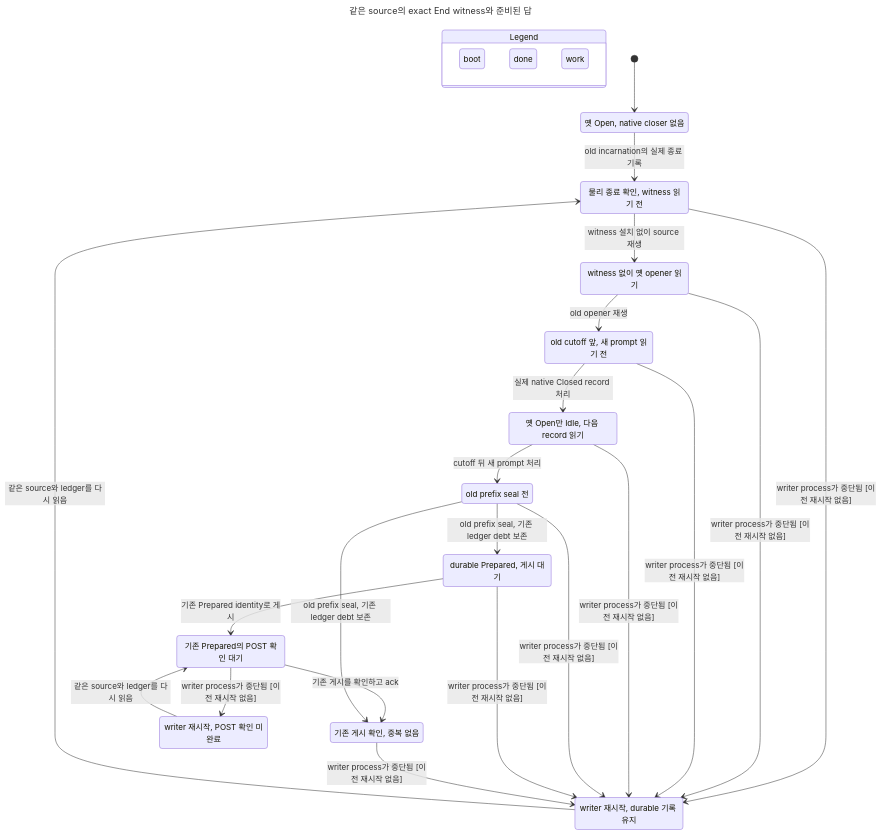
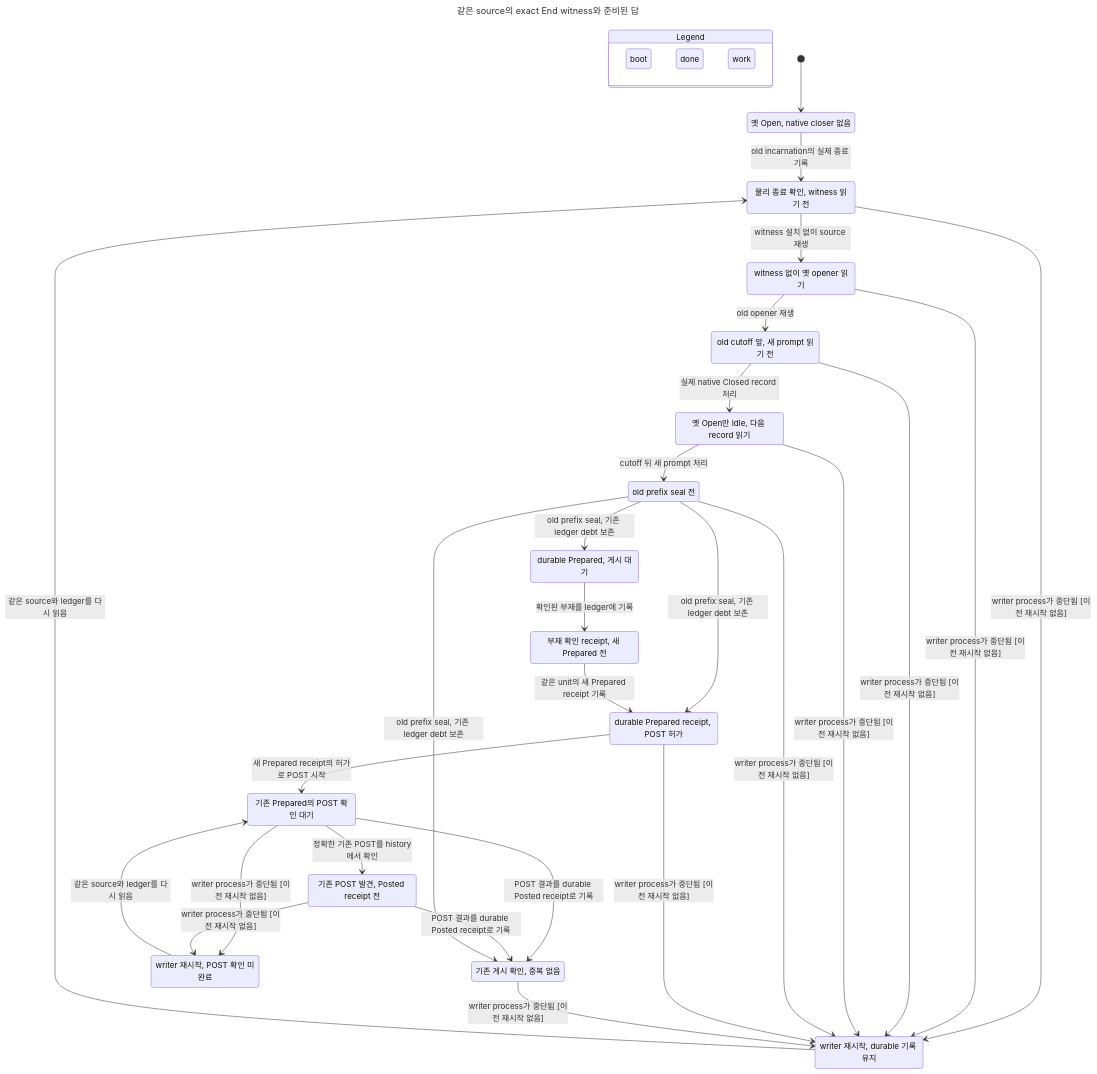
Before and after one commit to itismyfield/AgentDesk: the diagram in docs/statecharts/tui-o-writer/restart-end-Native.chart.mmd, drawn with Mermaid. The commit also changed 21 other files, not shown here.

```diff
--- a/docs/statecharts/tui-o-writer/restart-end-Native.chart.mmd
+++ b/docs/statecharts/tui-o-writer/restart-end-Native.chart.mmd
@@ -1,49 +1,61 @@
 ---
 title: "같은 source의 exact End witness와 준비된 답"
 ---
 stateDiagram-v2
   state "Legend" as legend {
     lg0: boot
     lg1: done
     lg2: work
   }
   class lg0 yellow
   class lg1 teal
   class lg2 blue
   s0: 옛 Open, native closer 없음
   s1: 물리 종료 확인, witness 읽기 전
   s2: witness 없이 옛 opener 읽기
   s3: writer 재시작, durable 기록 유지
   s4: old cutoff 앞, 새 prompt 읽기 전
   s5: 옛 Open만 Idle, 다음 record 읽기
   s6: old prefix seal 전
-  s7: durable Prepared, 게시 대기
+  s7: durable Prepared receipt, POST 허가
   s8: 기존 Prepared의 POST 확인 대기
-  s9: 기존 게시 확인, 중복 없음
-  s10: writer 재시작, POST 확인 미완료
+  s9: 기존 POST 발견, Posted receipt 전
+  s10: 기존 게시 확인, 중복 없음
+  s11: writer 재시작, POST 확인 미완료
+  s12: durable Prepared, 게시 대기
+  s13: 부재 확인 receipt, 새 Prepared 전
   [*] --> s0
   s0 --> s1: old incarnation의 실제 종료 기록
   s1 --> s2: witness 설치 없이 source 재생
   s1 --> s3: writer process가 중단됨 [이전 재시작 없음]
   s2 --> s3: writer process가 중단됨 [이전 재시작 없음]
   s2 --> s4: old opener 재생
   s3 --> s1: 같은 source와 ledger를 다시 읽음
   s4 --> s3: writer process가 중단됨 [이전 재시작 없음]
   s4 --> s5: 실제 native Closed record 처리
   s5 --> s3: writer process가 중단됨 [이전 재시작 없음]
   s5 --> s6: cutoff 뒤 새 prompt 처리
   s6 --> s3: writer process가 중단됨 [이전 재시작 없음]
   s6 --> s7: old prefix seal, 기존 ledger debt 보존
-  s7 --> s8: 기존 Prepared identity로 게시
+  s7 --> s8: 새 Prepared receipt의 허가로 POST 시작
   s7 --> s3: writer process가 중단됨 [이전 재시작 없음]
-  s8 --> s9: 기존 게시를 확인하고 ack
-  s8 --> s10: writer process가 중단됨 [이전 재시작 없음]
-  s9 --> s3: writer process가 중단됨 [이전 재시작 없음]
-  s10 --> s8: 같은 source와 ledger를 다시 읽음
-  s6 --> s9: old prefix seal, 기존 ledger debt 보존
+  s8 --> s10: POST 결과를 durable Posted receipt로 기록
+  s8 --> s11: writer process가 중단됨 [이전 재시작 없음]
+  s8 --> s9: 정확한 기존 POST를 history에서 확인
+  s9 --> s10: POST 결과를 durable Posted receipt로 기록
+  s9 --> s11: writer process가 중단됨 [이전 재시작 없음]
+  s10 --> s3: writer process가 중단됨 [이전 재시작 없음]
+  s11 --> s8: 같은 source와 ledger를 다시 읽음
+  s6 --> s12: old prefix seal, 기존 ledger debt 보존
+  s12 --> s13: 확인된 부재를 ledger에 기록
+  s6 --> s10: old prefix seal, 기존 ledger debt 보존
+  s13 --> s7: 같은 unit의 새 Prepared receipt 기록
   class s0 blue
   class s3 yellow
   class s7 blue
   class s8 blue
-  class s9 teal
-  class s10 yellow
+  class s9 blue
+  class s10 teal
+  class s11 yellow
+  class s12 blue
+  class s13 blue
```
